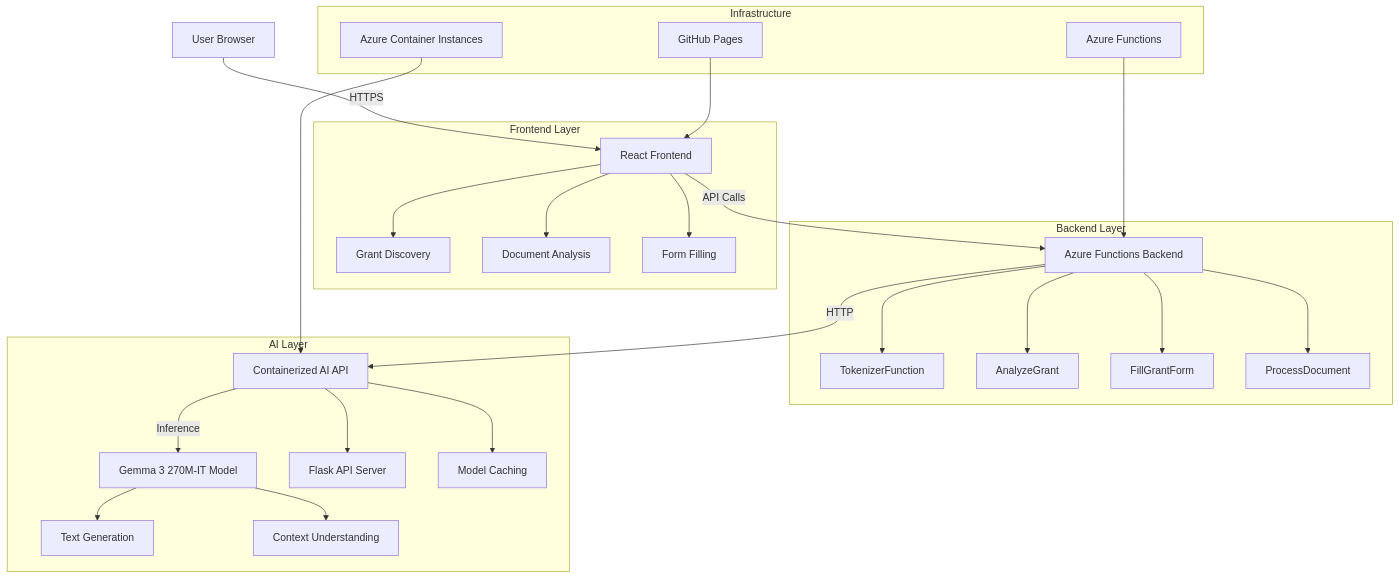
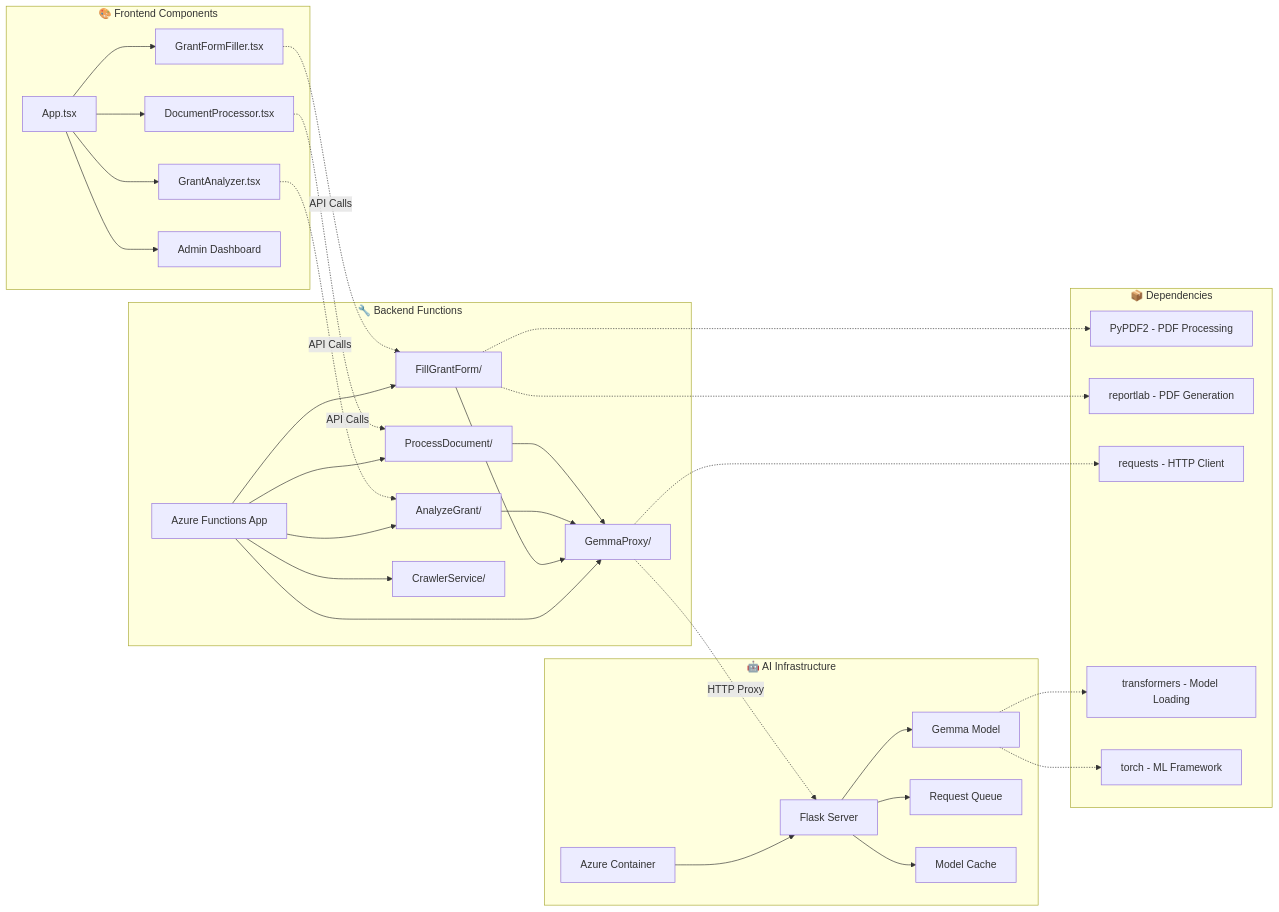
The third of 3 diagrams in README.md (cool-machine/grantbuilder-multi-agent-ai-with-RAG), drawn with Mermaid before and after one commit. The commit also changed other lines of this file and 16 other files, not shown here.

First line of the commit message:
Add comprehensive architecture documentation with Mermaid diagrams

````diff
--- a/README.md
+++ b/README.md
@@ -26,33 +145,47 @@
 ```mermaid
-graph TB
-    A[User Browser] -->|HTTPS| B[React Frontend]
-    B -->|API Calls| C[Azure Functions Backend]
-    C -->|HTTP| D[Containerized AI API]
-    D -->|Inference| E[Gemma 3 270M-IT Model]
-    
-    subgraph "Frontend Layer"
-        B --> B1[Grant Discovery]
-        B --> B2[Document Analysis]
-        B --> B3[Form Filling]
+flowchart LR
+    subgraph "🎨 Frontend Components"
+        FC[App.tsx] --> FG[GrantFormFiller.tsx]
+        FC --> FA[GrantAnalyzer.tsx]
+        FC --> FD[DocumentProcessor.tsx]
+        FC --> FAdmin[Admin Dashboard]
     end
     
-    subgraph "Backend Layer"
-        C --> C1[TokenizerFunction]
-        C --> C2[AnalyzeGrant]
-        C --> C3[FillGrantForm]
-        C --> C4[ProcessDocument]
+    subgraph "🔧 Backend Functions"
+        BF[Azure Functions App] --> BG[GemmaProxy/]
+        BF --> BFF[FillGrantForm/]
+        BF --> BA[AnalyzeGrant/]
+        BF --> BP[ProcessDocument/]
+        BF --> BC[CrawlerService/]
     end
     
-    subgraph "AI Layer"
-        D --> D1[Flask API Server]
-        D --> D2[Model Caching]
-        E --> E1[Text Generation]
-        E --> E2[Context Understanding]
+    subgraph "🤖 AI Infrastructure"
+        AC[Azure Container] --> AF[Flask Server]
+        AF --> AM[Gemma Model]
+        AF --> AQ[Request Queue]
+        AF --> ACC[Model Cache]
     end
     
-    subgraph "Infrastructure"
-        F[GitHub Pages] --> B
-        G[Azure Functions] --> C
-        H[Azure Container Instances] --> D
+    subgraph "📦 Dependencies"
+        D1[PyPDF2 - PDF Processing]
+        D2[reportlab - PDF Generation]  
+        D3[requests - HTTP Client]
+        D4[transformers - Model Loading]
+        D5[torch - ML Framework]
     end
+    
+    FG -.->|API Calls| BFF
+    FA -.->|API Calls| BA
+    FD -.->|API Calls| BP
+    
+    BFF --> BG
+    BA --> BG
+    BP --> BG
+    BG -.->|HTTP Proxy| AF
+    
+    BFF -.-> D1
+    BFF -.-> D2
+    BG -.-> D3
+    AM -.-> D4
+    AM -.-> D5
 ```
````
